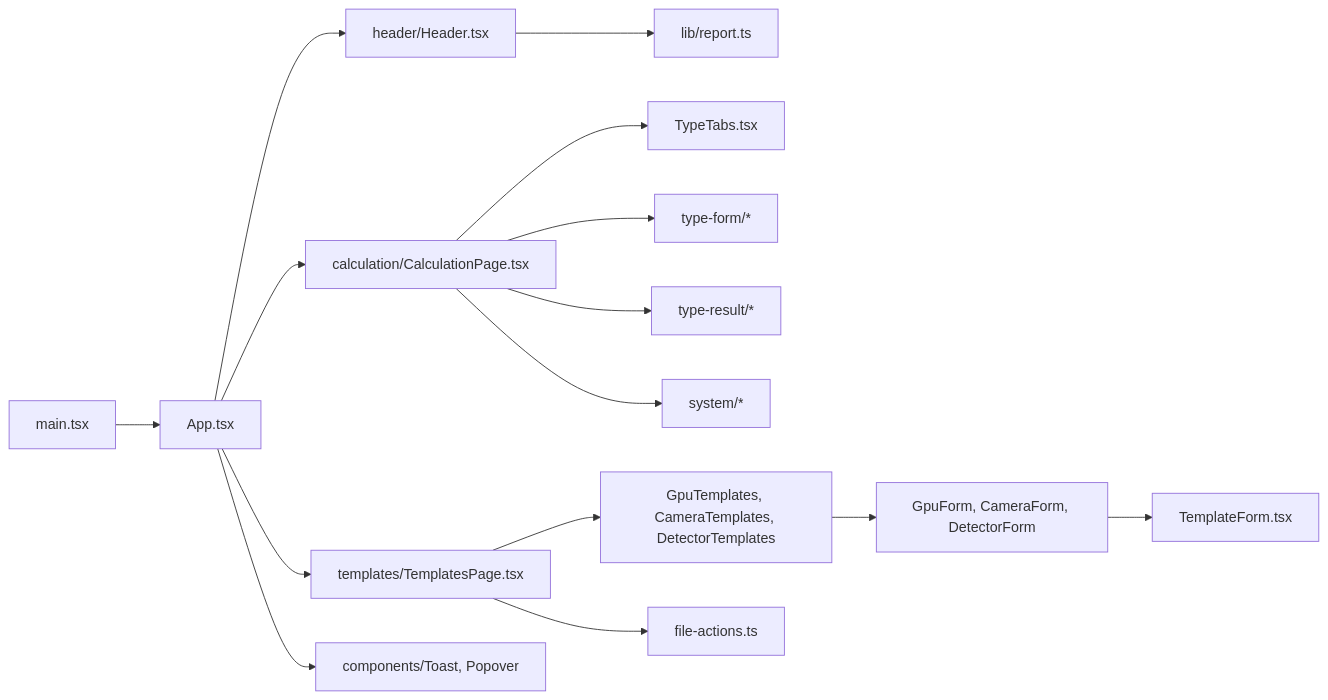
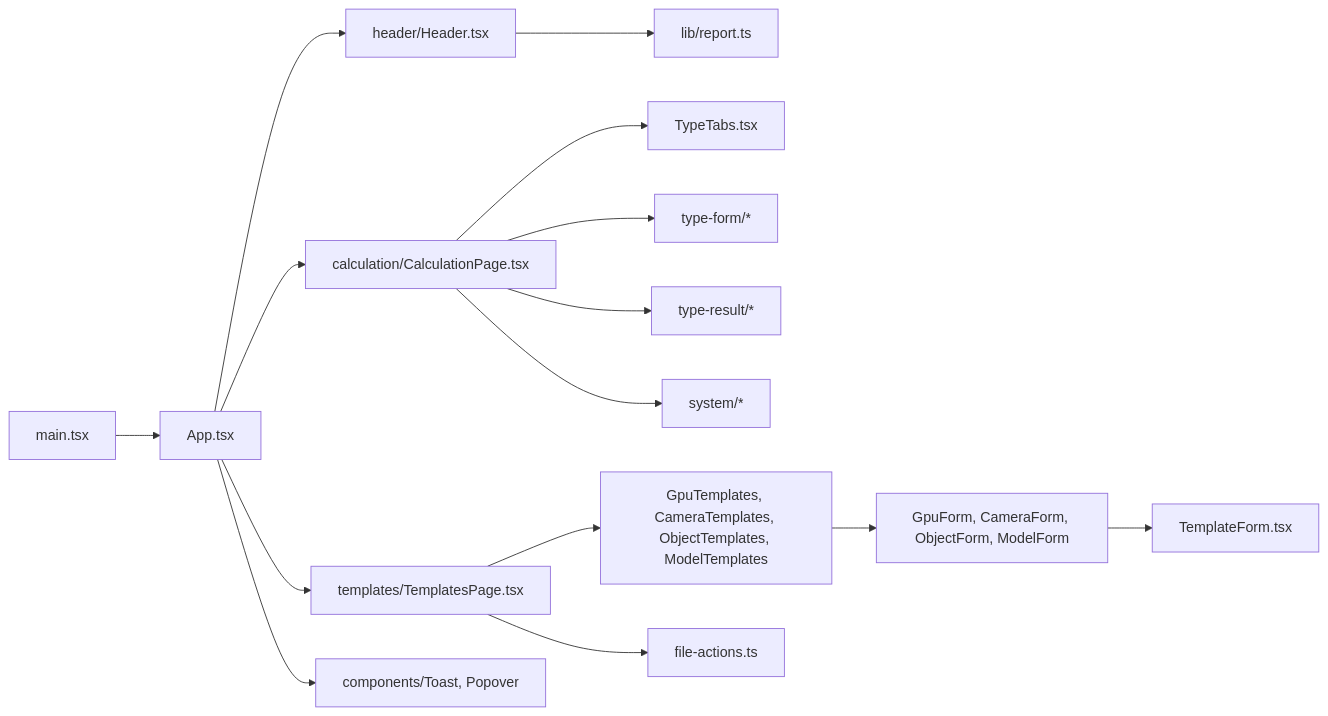
One commit to SergeyKrasnoslobodtsev/camera-calc changed the first of 2 diagrams in docs/architecture/modules/ui.md. Above: the diagram before and after it, drawn with Mermaid. The commit also changed other lines of this file and 6 other files, not shown here.

````diff
--- a/docs/architecture/modules/ui.md
+++ b/docs/architecture/modules/ui.md
@@ -64,17 +66,17 @@
 ```mermaid
 flowchart LR
     main[main.tsx] --> app[App.tsx]
     app --> header[header/Header.tsx]
     app --> calc[calculation/CalculationPage.tsx]
     app --> tpl[templates/TemplatesPage.tsx]
     app --> overlays[components/Toast, Popover]
     header --> report[lib/report.ts]
     calc --> tabs[TypeTabs.tsx]
     calc --> form[type-form/*]
     calc --> result[type-result/*]
     calc --> system[system/*]
-    tpl --> screens[GpuTemplates, CameraTemplates, DetectorTemplates]
-    screens --> forms[GpuForm, CameraForm, DetectorForm]
+    tpl --> screens[GpuTemplates, CameraTemplates, ObjectTemplates, ModelTemplates]
+    screens --> forms[GpuForm, CameraForm, ObjectForm, ModelForm]
     forms --> templateForm[TemplateForm.tsx]
     tpl --> files[file-actions.ts]
 ```
````
